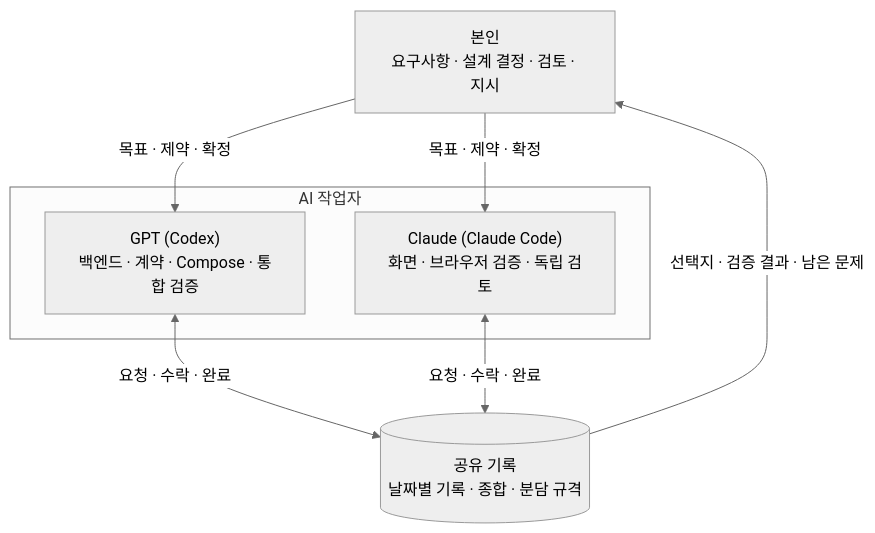
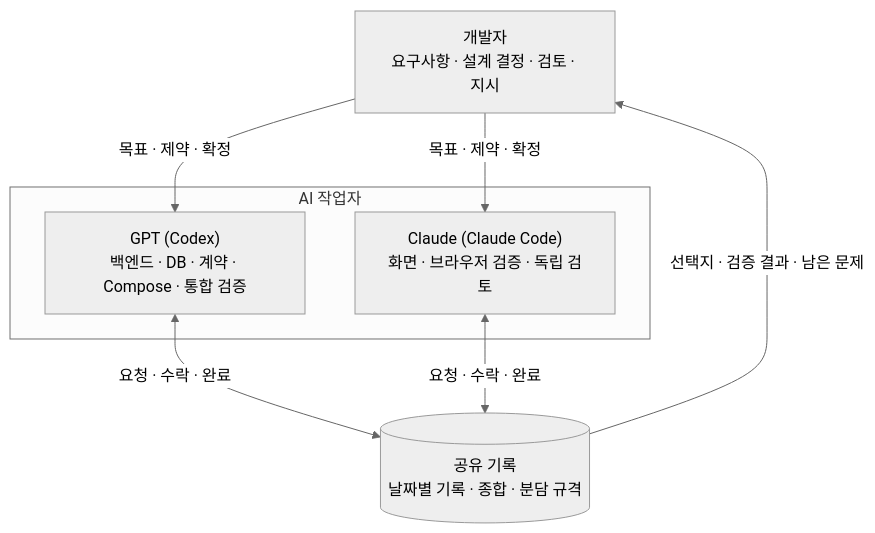
The diagram in ai-collaboration.md (nkpFactoryMES/doc), drawn with Mermaid (neutral theme) before and after one commit. The commit also changed other lines of this file and 13 other files, not shown here.

````diff
--- a/ai-collaboration.md
+++ b/ai-collaboration.md
@@ -13,17 +22,17 @@
 ```mermaid
 flowchart TB
-    me["본인<br/>요구사항 · 설계 결정 · 검토 · 지시"]
+    me["개발자<br/>요구사항 · 설계 결정 · 검토 · 지시"]
 
     subgraph ai["AI 작업자"]
-        gpt["GPT (Codex)<br/>백엔드 · 계약 · Compose · 통합 검증"]
+        gpt["GPT (Codex)<br/>백엔드 · DB · 계약 · Compose · 통합 검증"]
         claude["Claude (Claude Code)<br/>화면 · 브라우저 검증 · 독립 검토"]
     end
 
     record[("공유 기록<br/>날짜별 기록 · 종합 · 분담 규격")]
 
     me -->|"목표 · 제약 · 확정"| gpt
     me -->|"목표 · 제약 · 확정"| claude
     gpt <-->|"요청 · 수락 · 완료"| record
     claude <-->|"요청 · 수락 · 완료"| record
     record -->|"선택지 · 검증 결과 · 남은 문제"| me
 ```
````
